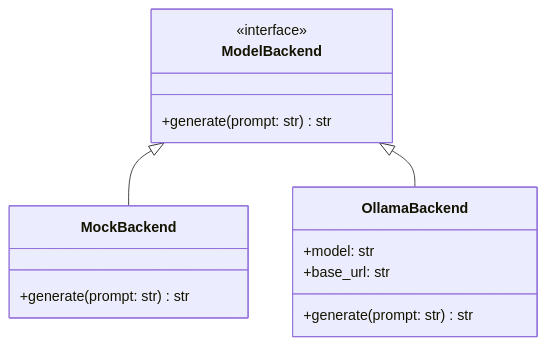
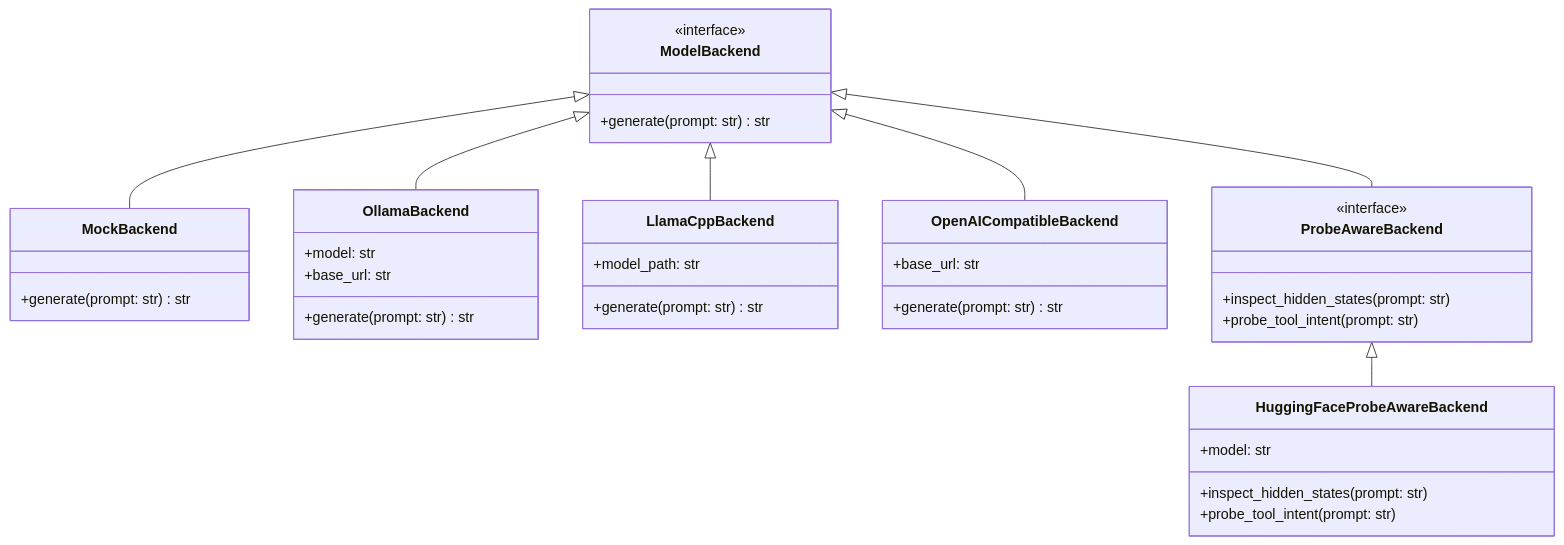
One commit to Itshimcules/EarlyExitProbeRAG changed the second of 2 diagrams in docs/architecture.md. Above: the diagram before and after it, drawn with Mermaid. The commit also changed other lines of this file and 23 other files, not shown here.

Commit message:
Complete backend and benchmark roadmap

````diff
--- a/docs/architecture.md
+++ b/docs/architecture.md
@@ -38,17 +38,39 @@
 ```mermaid
 classDiagram
     class ModelBackend {
         <<interface>>
         +generate(prompt: str) str
     }
     class MockBackend {
         +generate(prompt: str) str
     }
     class OllamaBackend {
         +model: str
         +base_url: str
         +generate(prompt: str) str
     }
+    class LlamaCppBackend {
+        +model_path: str
+        +generate(prompt: str) str
+    }
+    class OpenAICompatibleBackend {
+        +base_url: str
+        +generate(prompt: str) str
+    }
+    class ProbeAwareBackend {
+        <<interface>>
+        +inspect_hidden_states(prompt: str)
+        +probe_tool_intent(prompt: str)
+    }
+    class HuggingFaceProbeAwareBackend {
+        +model: str
+        +inspect_hidden_states(prompt: str)
+        +probe_tool_intent(prompt: str)
+    }
     ModelBackend <|-- MockBackend
     ModelBackend <|-- OllamaBackend
+    ModelBackend <|-- LlamaCppBackend
+    ModelBackend <|-- OpenAICompatibleBackend
+    ModelBackend <|-- ProbeAwareBackend
+    ProbeAwareBackend <|-- HuggingFaceProbeAwareBackend
 ```
````
